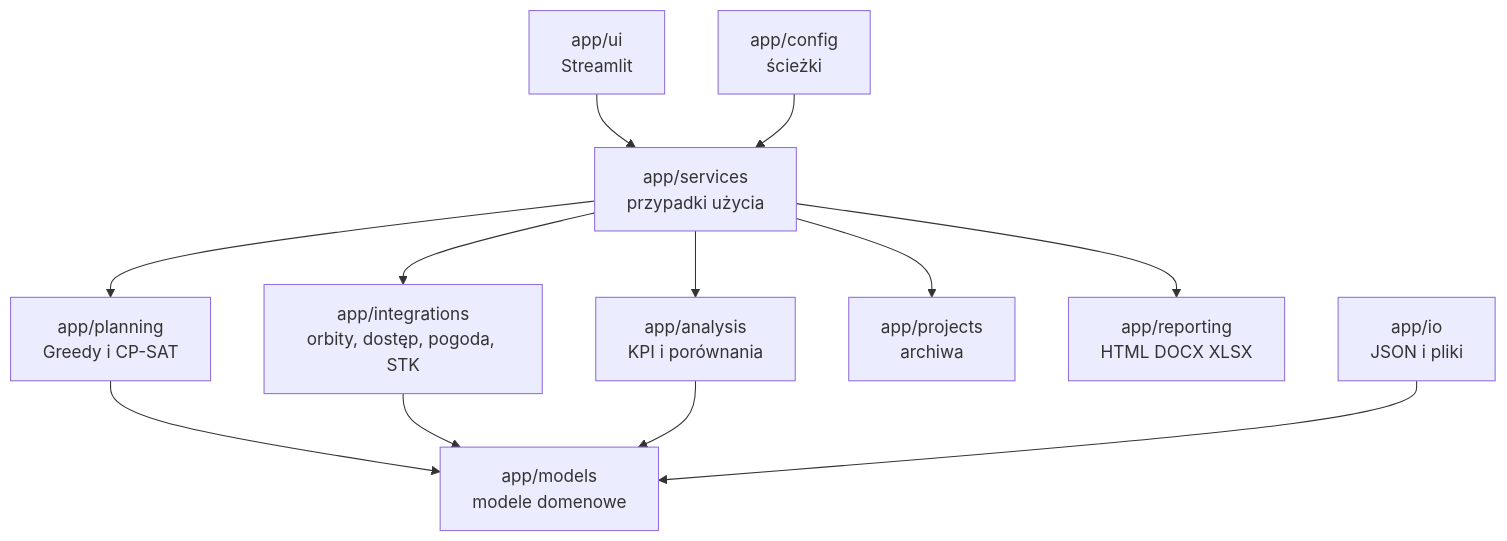
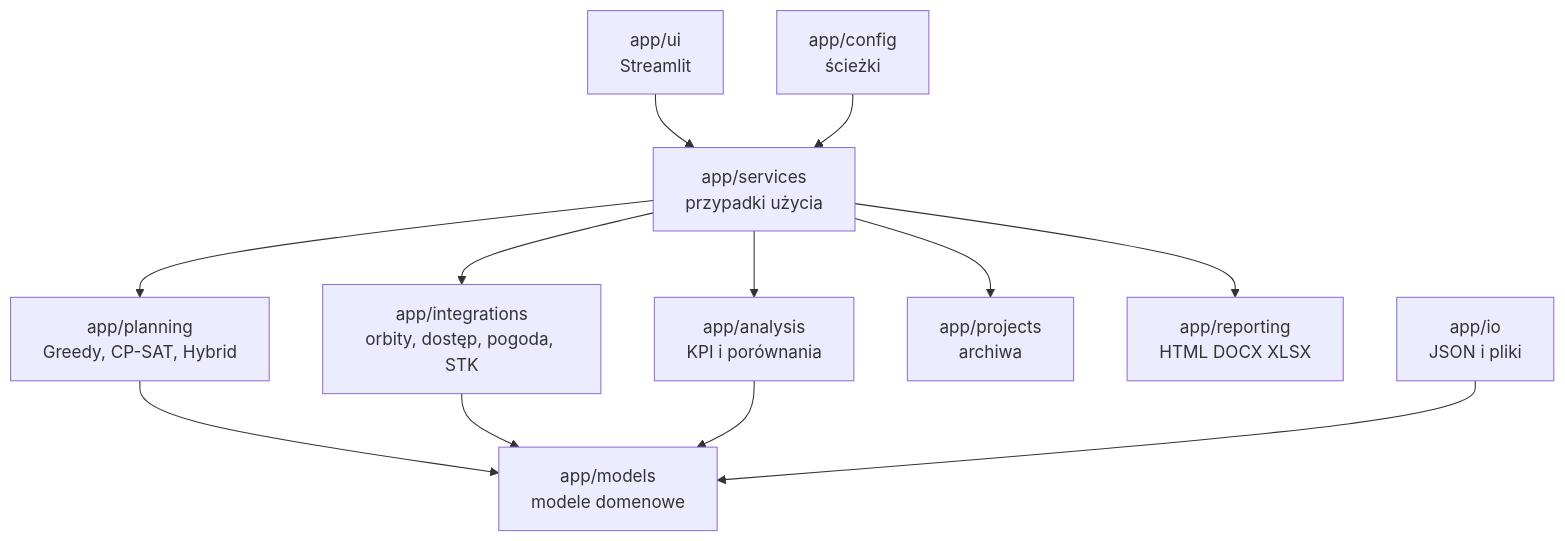
Before and after one commit to matigeoman/satellite-acquisition-planner: the first of 2 diagrams in docs/architecture.md, drawn with Mermaid. The commit also changed 63 other files, not shown here.

Commit message:
Add research-grounded hybrid planning 1.2.0

````diff
--- a/docs/architecture.md
+++ b/docs/architecture.md
@@ -5,14 +5,14 @@
 ```mermaid
 flowchart TB
     UI[app/ui\nStreamlit] --> SVC[app/services\nprzypadki użycia]
-    SVC --> PLN[app/planning\nGreedy i CP-SAT]
+    SVC --> PLN[app/planning\nGreedy, CP-SAT, Hybrid]
     SVC --> INT[app/integrations\norbity, dostęp, pogoda, STK]
     SVC --> ANA[app/analysis\nKPI i porównania]
     SVC --> PROJ[app/projects\narchiwa]
     SVC --> REP[app/reporting\nHTML DOCX XLSX]
     PLN --> MOD[app/models\nmodele domenowe]
     INT --> MOD
     ANA --> MOD
     IO[app/io\nJSON i pliki] --> MOD
     CFG[app/config\nścieżki] --> SVC
 ```
````
